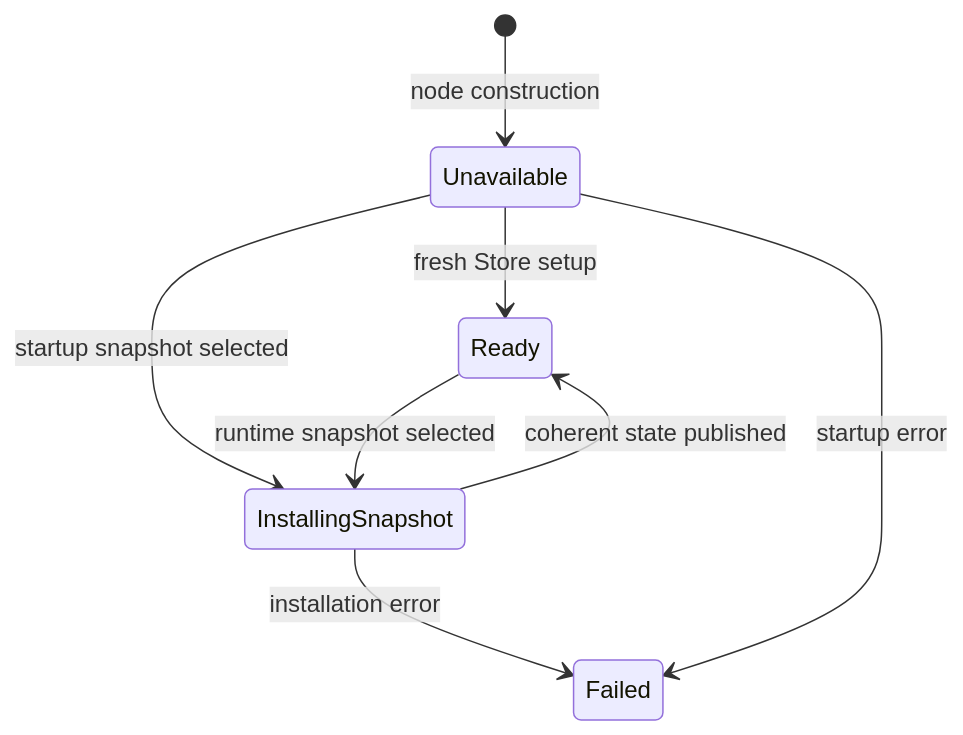
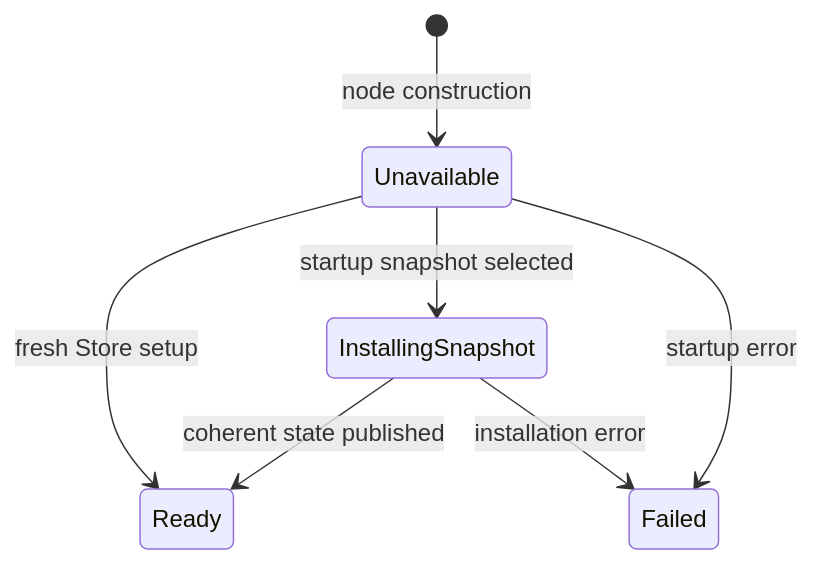
The diagram in doc/architecture/kv_readiness.rst (microsoft/CCF), drawn with Mermaid before and after one commit. The commit also changed other lines of this file and 11 other files, not shown here.

```diff
--- a/doc/architecture/kv_readiness.rst
+++ b/doc/architecture/kv_readiness.rst
@@ -12,10 +12,9 @@
 .. mermaid::
 
     stateDiagram-v2
         [*] --> Unavailable: node construction
         Unavailable --> Ready: fresh Store setup
         Unavailable --> InstallingSnapshot: startup snapshot selected
-        Ready --> InstallingSnapshot: runtime snapshot selected
         InstallingSnapshot --> Ready: coherent state published
         InstallingSnapshot --> Failed: installation error
         Unavailable --> Failed: startup error
```
